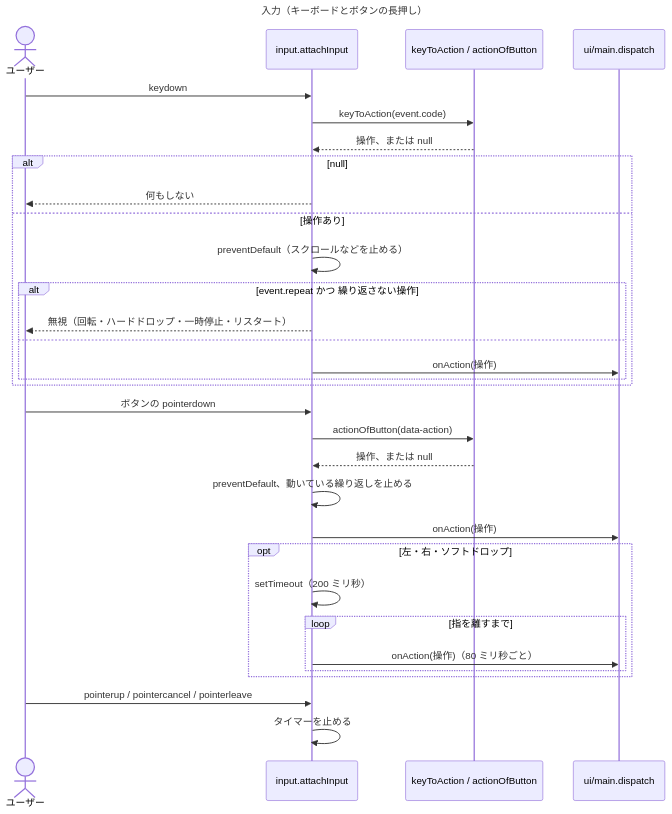
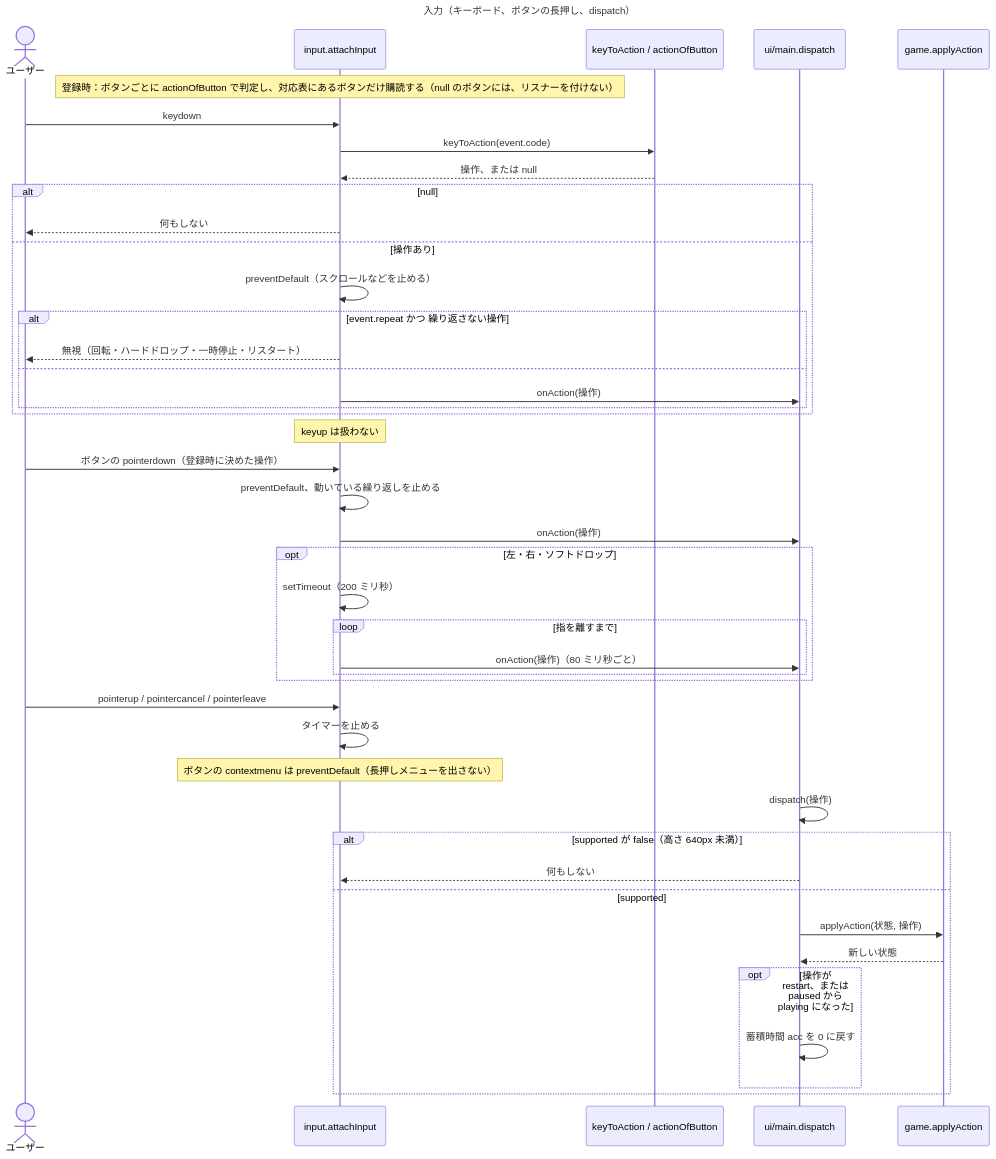
One commit to yoshimaru0419/mobile-claude-test changed the diagram in docs/diagrams/detail/06-input.mmd. Above: the diagram before and after it, drawn with Mermaid. The commit also changed 5 other files, not shown here.

First line of the commit message:
API-109: 詳細設計のシーケンス図に、レビューの指摘を反映する

```diff
--- a/docs/diagrams/detail/06-input.mmd
+++ b/docs/diagrams/detail/06-input.mmd
@@ -1,34 +1,46 @@
 ---
-title: 入力（キーボードとボタンの長押し）
+title: 入力（キーボード、ボタンの長押し、dispatch）
 ---
 sequenceDiagram
   actor U as ユーザー
   participant I as input.attachInput
   participant K as keyToAction / actionOfButton
   participant M as ui/main.dispatch
+  participant G as game.applyAction
+  Note over I: 登録時：ボタンごとに actionOfButton で判定し、対応表にあるボタンだけ購読する（null のボタンには、リスナーを付けない）
   U->>I: keydown
   I->>K: keyToAction(event.code)
   K-->>I: 操作、または null
   alt null
     I-->>U: 何もしない
   else 操作あり
     I->>I: preventDefault（スクロールなどを止める）
     alt event.repeat かつ 繰り返さない操作
       I-->>U: 無視（回転・ハードドロップ・一時停止・リスタート）
     else
       I->>M: onAction(操作)
     end
   end
-  U->>I: ボタンの pointerdown
-  I->>K: actionOfButton(data-action)
-  K-->>I: 操作、または null
+  Note over I: keyup は扱わない
+  U->>I: ボタンの pointerdown（登録時に決めた操作）
   I->>I: preventDefault、動いている繰り返しを止める
   I->>M: onAction(操作)
   opt 左・右・ソフトドロップ
     I->>I: setTimeout（200 ミリ秒）
     loop 指を離すまで
       I->>M: onAction(操作)（80 ミリ秒ごと）
     end
   end
   U->>I: pointerup / pointercancel / pointerleave
   I->>I: タイマーを止める
+  Note over I: ボタンの contextmenu は preventDefault（長押しメニューを出さない）
+  M->>M: dispatch(操作)
+  alt supported が false（高さ 640px 未満）
+    M-->>I: 何もしない
+  else supported
+    M->>G: applyAction(状態, 操作)
+    G-->>M: 新しい状態
+    opt 操作が restart、または paused から playing になった
+      M->>M: 蓄積時間 acc を 0 に戻す
+    end
+  end
```
